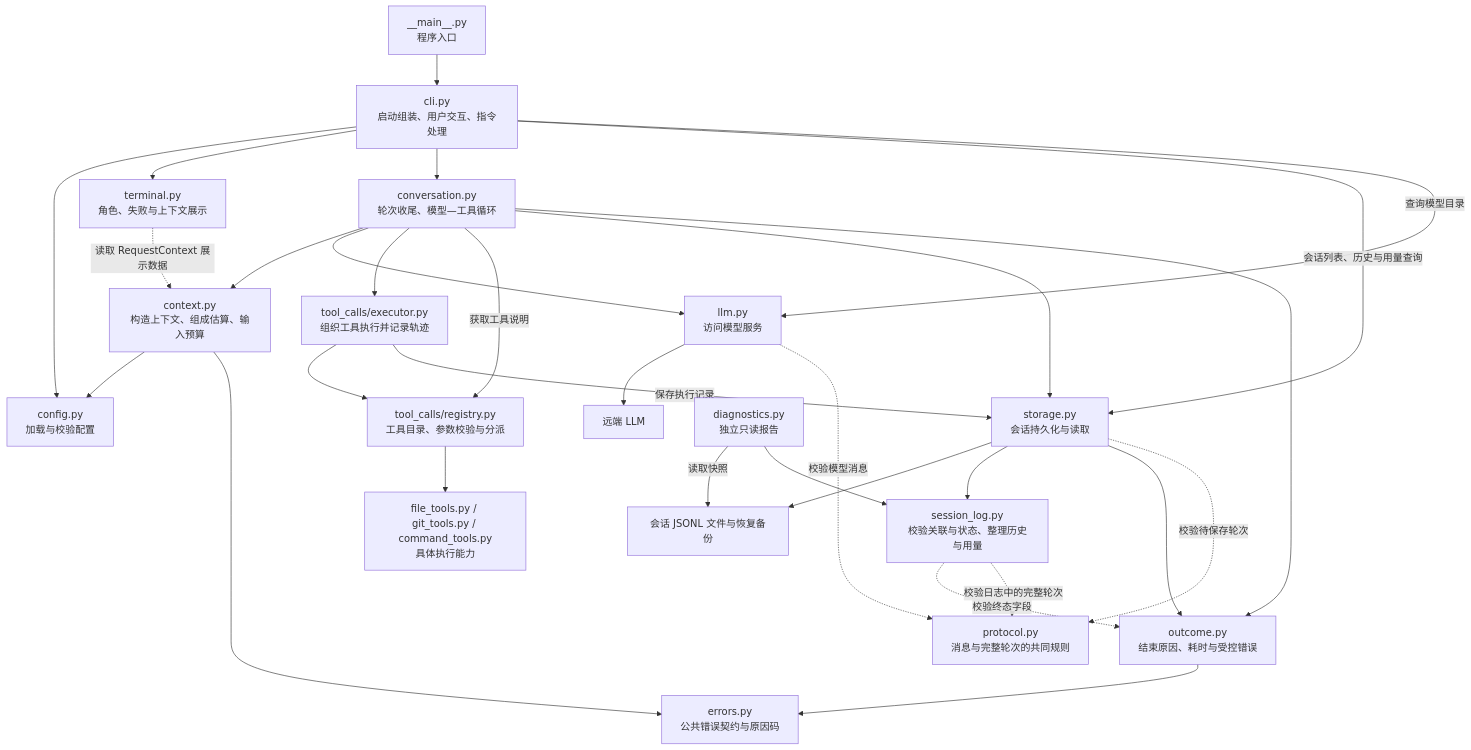
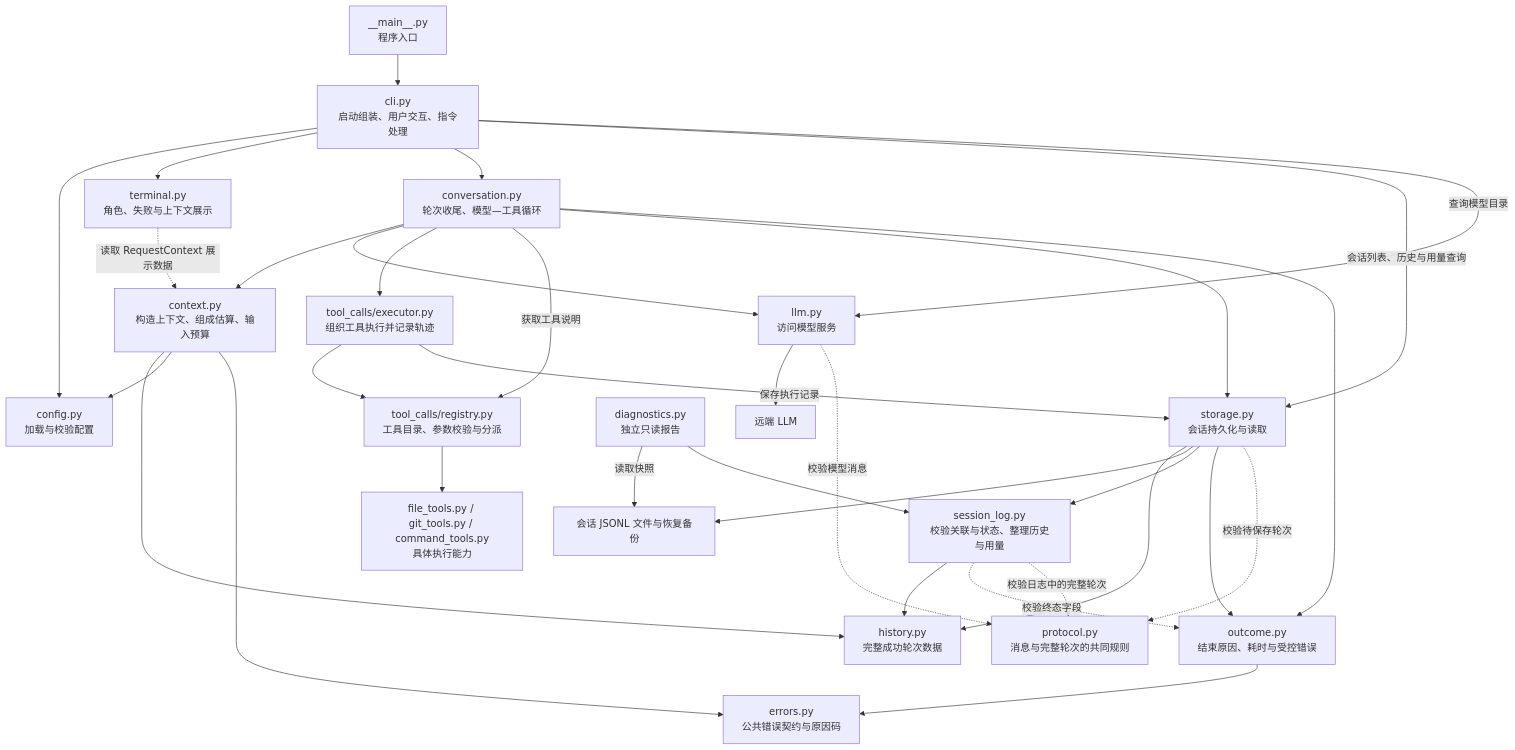
Before and after one commit to Plvltra/AdamAgent: the first of 3 diagrams in docs/architecture.md, drawn with Mermaid. The commit also changed other lines of this file and 15 other files, not shown here.

````diff
--- a/docs/architecture.md
+++ b/docs/architecture.md
@@ -15,35 +15,38 @@
 ```mermaid
 flowchart TD
     ENTRY["__main__.py<br/>程序入口"] --> CLI["cli.py<br/>启动组装、用户交互、指令处理"]
     CLI --> CONFIG["config.py<br/>加载与校验配置"]
     CLI --> TERMINAL["terminal.py<br/>角色、失败与上下文展示"]
     CLI --> CONV["conversation.py<br/>轮次收尾、模型—工具循环"]
     CLI -->|"会话列表、历史与用量查询"| STORE["storage.py<br/>会话持久化与读取"]
 
     CONV --> CONTEXT["context.py<br/>构造上下文、组成估算、输入预算"]
+    CONTEXT --> HISTORY["history.py<br/>完整成功轮次数据"]
+    STORE --> HISTORY
+    LOG --> HISTORY
     CONTEXT --> CONFIG
     CONTEXT --> ERROR
     TERMINAL -.->|"读取 RequestContext 展示数据"| CONTEXT
     CONV --> LLM["llm.py<br/>访问模型服务"]
     CLI -->|"查询模型目录"| LLM
     LLM --> API["远端 LLM"]
     CONV --> EXEC["tool_calls/executor.py<br/>组织工具执行并记录轨迹"]
     CONV -->|"获取工具说明"| REG["tool_calls/registry.py<br/>工具目录、参数校验与分派"]
     EXEC --> REG
     REG --> TOOLS["file_tools.py / git_tools.py / command_tools.py<br/>具体执行能力"]
 
     CONV --> STORE
     EXEC -->|"保存执行记录"| STORE
     STORE --> FILE["会话 JSONL 文件与恢复备份"]
     DIAG["diagnostics.py<br/>独立只读报告"] -->|读取快照| FILE
     DIAG --> LOG
     STORE --> LOG["session_log.py<br/>校验关联与状态、整理历史与用量"]
     CONV --> OUTCOME["outcome.py<br/>结束原因、耗时与受控错误"]
     STORE --> OUTCOME
     LOG -.->|"校验终态字段"| OUTCOME
     OUTCOME --> ERROR["errors.py<br/>公共错误契约与原因码"]
 
     LLM -.->|"校验模型消息"| PROTOCOL["protocol.py<br/>消息与完整轮次的共同规则"]
     STORE -.->|"校验待保存轮次"| PROTOCOL
     LOG -.->|"校验日志中的完整轮次"| PROTOCOL
 ```
````
